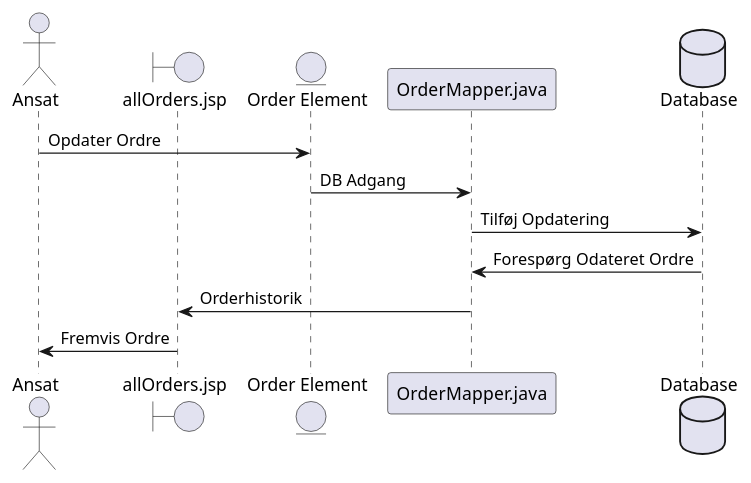
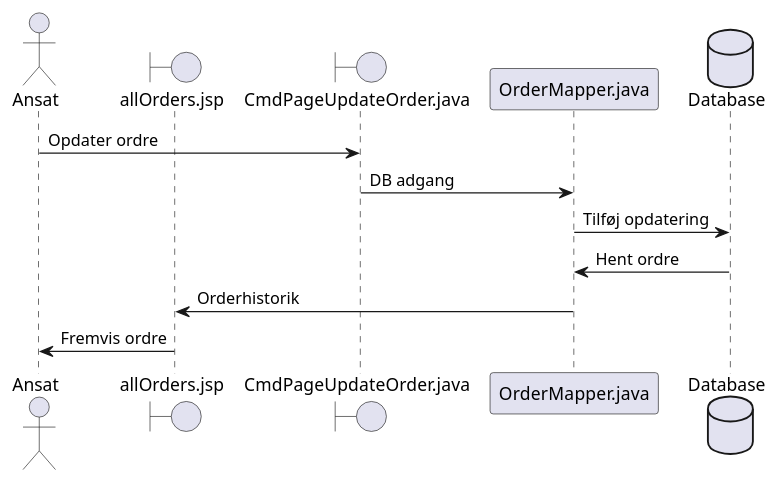
One commit to NikolajX4000/Sem2Exam changed the diagram in src/main/java/UML/SequenceDiagram_UpdateOrder.puml. Above: the diagram before and after it, drawn with PlantUML. The commit also changed 7 other files, not shown here.

Commit message:
Sequence DIagrammer fix

```diff
--- a/src/main/java/UML/SequenceDiagram_UpdateOrder.puml
+++ b/src/main/java/UML/SequenceDiagram_UpdateOrder.puml
@@ -1,17 +1,17 @@
 @startuml
 
 actor Ansat
-actor Ansat
-boundary "allOrders.jsp" as Orders
-entity "Order Element" as OE
+boundary "allOrders.jsp" as AO
+boundary "CmdPageUpdateOrder.java" as CUO
 participant "OrderMapper.java" as OM
 database "Database" as DB
 
-Ansat -> OE : Opdater Ordre
-OE -> OM : DB Adgang
-OM -> DB : Tilføj Opdatering
-DB -> OM : Forespørg Odateret Ordre
-OM -> Orders : Orderhistorik
-Orders -> Ansat : Fremvis Ordre
+Ansat -> CUO : Opdater ordre
+CUO -> OM : DB adgang
+OM -> DB : Tilføj opdatering
+DB -> OM : Hent ordre
+OM -> AO : Orderhistorik
+AO -> Ansat : Fremvis ordre
+
 
 @enduml
```
